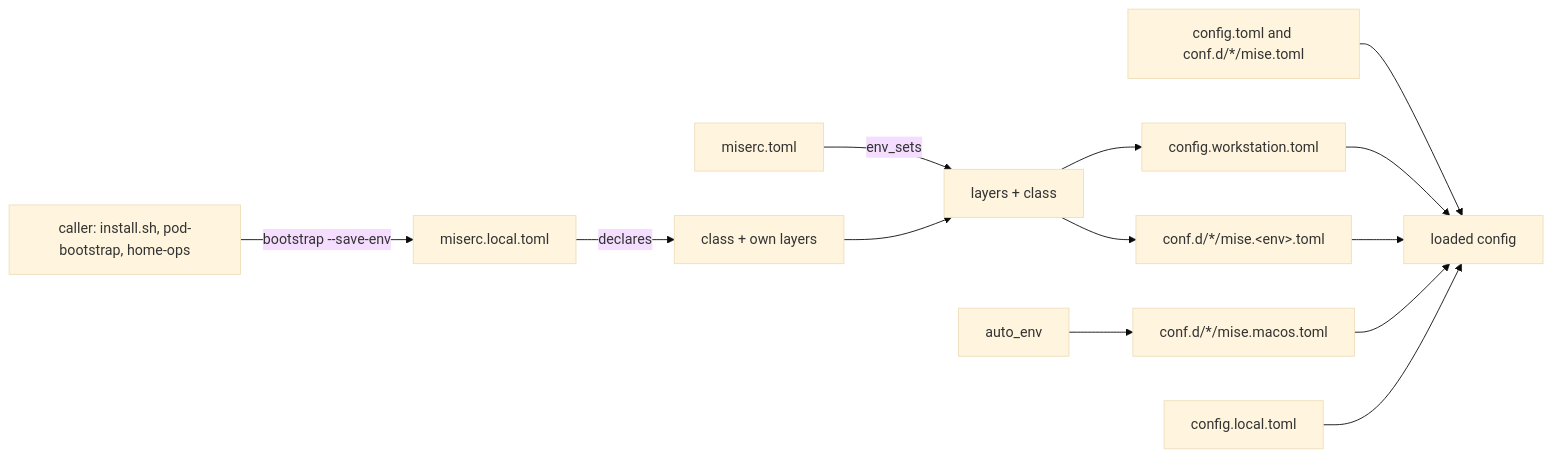
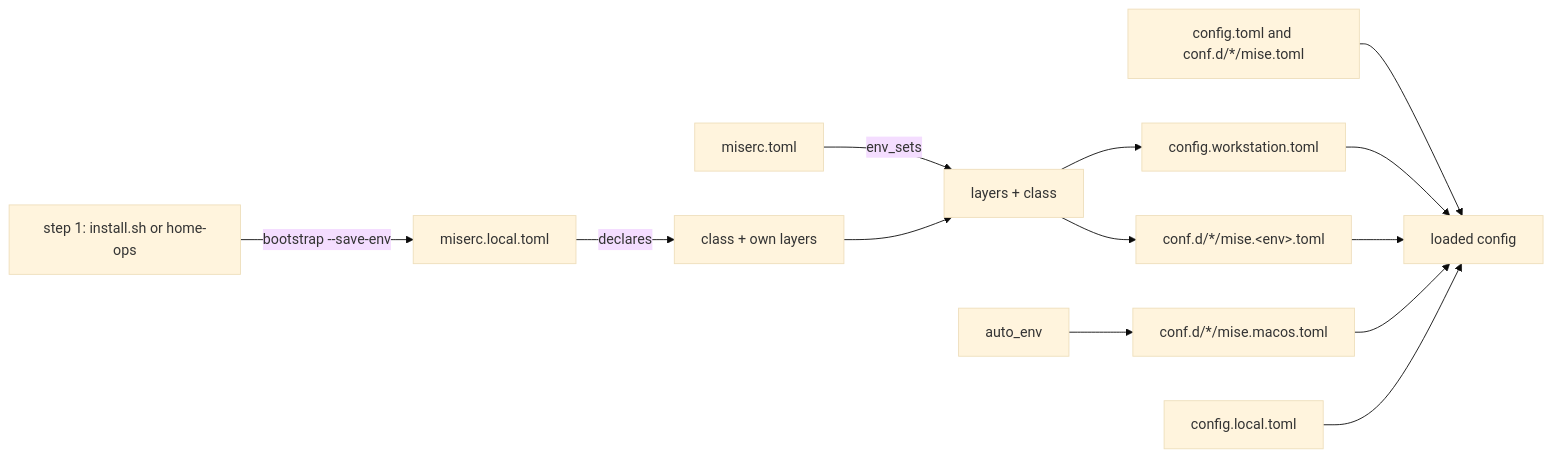
The second of 2 diagrams in docs/mise.md (h-wb/dotfiles), drawn with Mermaid (base theme) before and after one commit. The commit also changed other lines of this file and 17 other files, not shown here.

````diff
--- a/docs/mise.md
+++ b/docs/mise.md
@@ -22,15 +40,15 @@
 ```mermaid
 flowchart LR
-  D["caller: install.sh, pod-bootstrap, home-ops"] -->|bootstrap --save-env| L[miserc.local.toml]
+  D["step 1: install.sh or home-ops"] -->|bootstrap --save-env| L[miserc.local.toml]
   L -->|declares| C[class + own layers]
   M[miserc.toml] -->|env_sets| E[layers + class]
   C --> E
   E --> F1[config.workstation.toml]
   E --> F2["conf.d/*/mise.&lt;env&gt;.toml"]
   A[auto_env] --> F3["conf.d/*/mise.macos.toml"]
   F0[config.toml and conf.d/*/mise.toml] --> R[loaded config]
   F1 --> R
   F2 --> R
   F3 --> R
   X[config.local.toml] --> R
 ```
````
